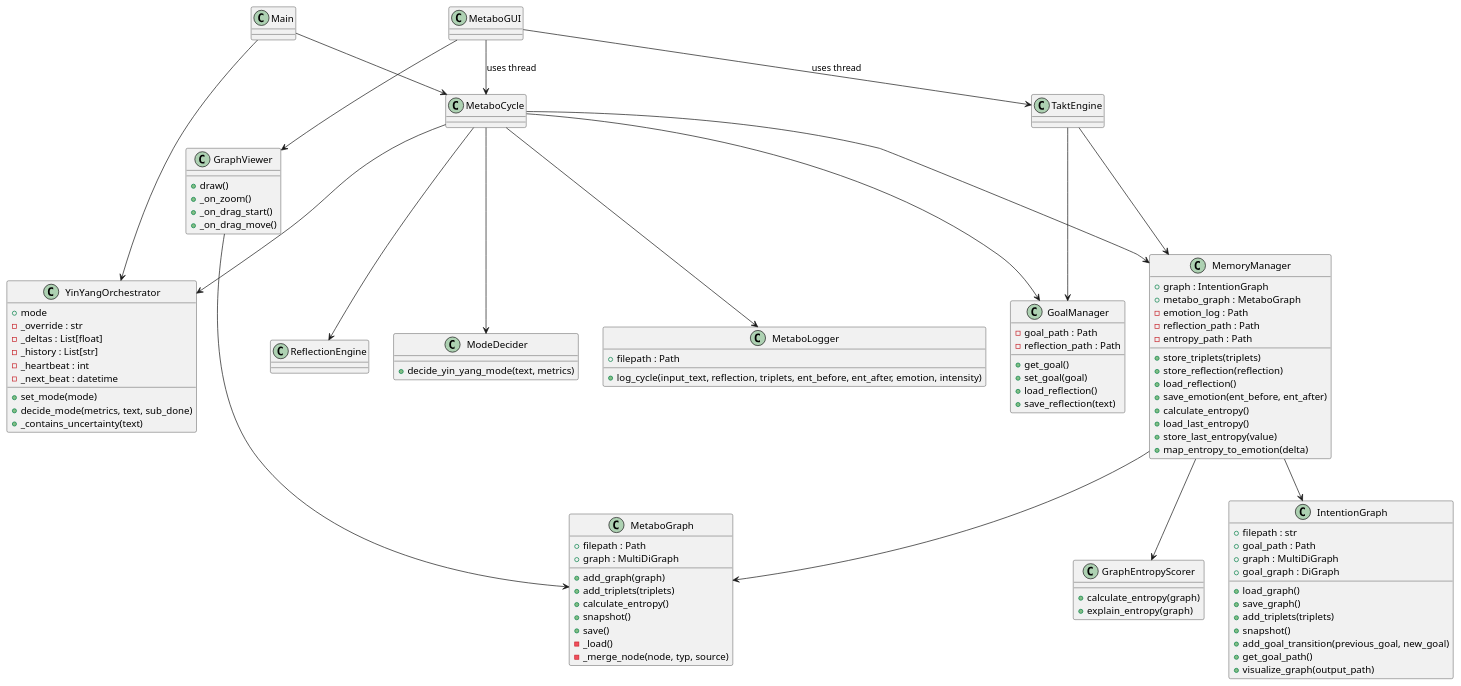
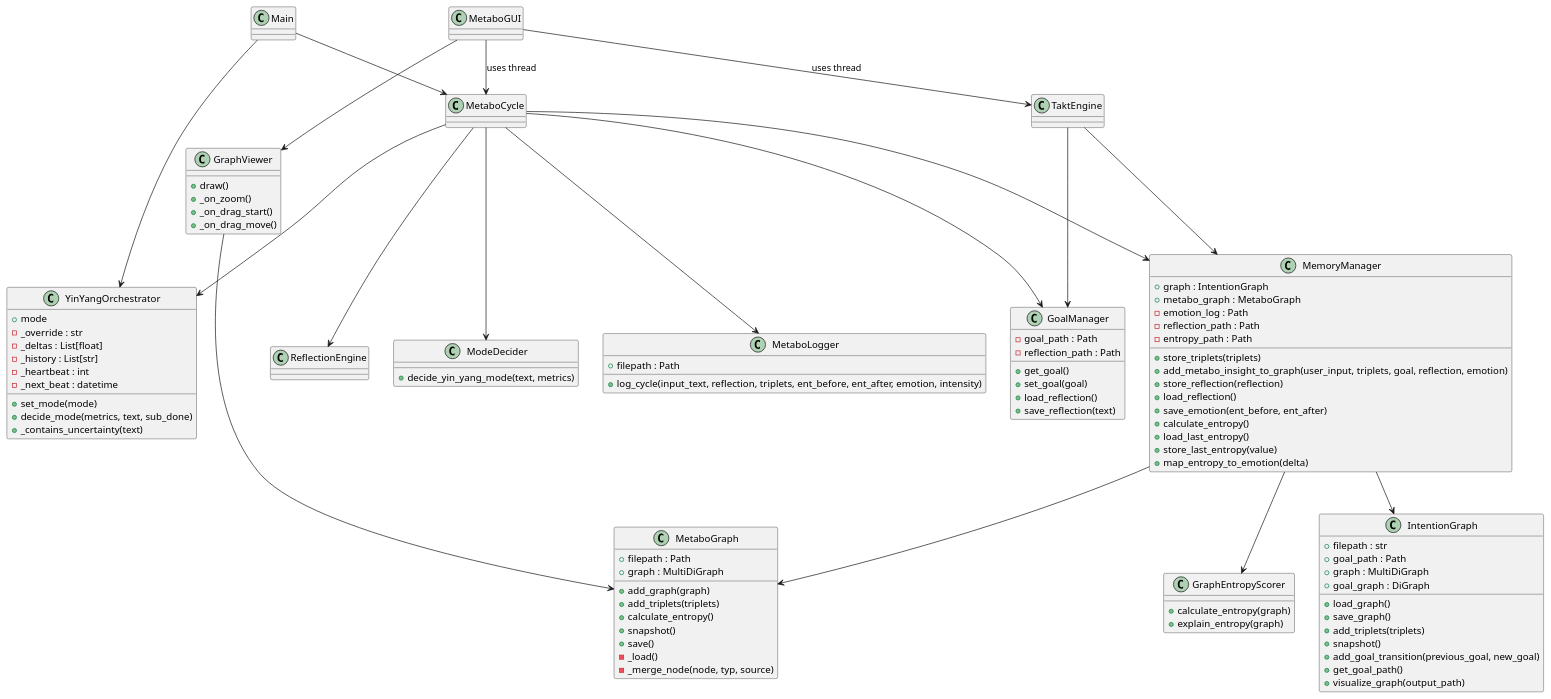
The diagram in doc/diagrams/class_diagram.puml (marcusreimold/MetaboMind), drawn with PlantUML before and after one commit. The commit also changed 7 other files, not shown here.

```diff
--- a/doc/diagrams/class_diagram.puml
+++ b/doc/diagrams/class_diagram.puml
@@ -1,101 +1,102 @@
 @startuml
 '/' Updated after adding requirements.txt
 class Main
 class MetaboCycle
 class GoalManager {
   -goal_path : Path
   -reflection_path : Path
   +get_goal()
   +set_goal(goal)
   +load_reflection()
   +save_reflection(text)
 }
 class MemoryManager {
   +graph : IntentionGraph
   +metabo_graph : MetaboGraph
   -emotion_log : Path
   -reflection_path : Path
   -entropy_path : Path
   +store_triplets(triplets)
+  +add_metabo_insight_to_graph(user_input, triplets, goal, reflection, emotion)
   +store_reflection(reflection)
   +load_reflection()
   +save_emotion(ent_before, ent_after)
   +calculate_entropy()
   +load_last_entropy()
   +store_last_entropy(value)
   +map_entropy_to_emotion(delta)
 }
 class IntentionGraph {
   +filepath : str
   +goal_path : Path
   +graph : MultiDiGraph
   +goal_graph : DiGraph
   +load_graph()
   +save_graph()
   +add_triplets(triplets)
   +snapshot()
   +add_goal_transition(previous_goal, new_goal)
   +get_goal_path()
   +visualize_graph(output_path)
 }
 class ReflectionEngine
 class TaktEngine
 class YinYangOrchestrator {
   +mode
   -_override : str
   -_deltas : List[float]
   -_history : List[str]
   -_heartbeat : int
   -_next_beat : datetime
   +set_mode(mode)
   +decide_mode(metrics, text, sub_done)
   +_contains_uncertainty(text)
 }
 class ModeDecider {
   +decide_yin_yang_mode(text, metrics)
 }
 class MetaboGUI
 class GraphViewer {
   +draw()
   +_on_zoom()
   +_on_drag_start()
   +_on_drag_move()
 }
 class GraphEntropyScorer {
   +calculate_entropy(graph)
   +explain_entropy(graph)
 }
 class MetaboGraph {
   +filepath : Path
   +graph : MultiDiGraph
   +add_graph(graph)
   +add_triplets(triplets)
   +calculate_entropy()
   +snapshot()
   +save()
   -_load()
   -_merge_node(node, typ, source)
 }
 class MetaboLogger {
   +filepath : Path
   +log_cycle(input_text, reflection, triplets, ent_before, ent_after, emotion, intensity)
 }
 
 Main --> MetaboCycle
 MetaboCycle --> GoalManager
 MetaboCycle --> MemoryManager
 MetaboCycle --> ReflectionEngine
 MetaboCycle --> YinYangOrchestrator
 MetaboCycle --> ModeDecider
 MemoryManager --> IntentionGraph
 MemoryManager --> MetaboGraph
 TaktEngine --> MemoryManager
 TaktEngine --> GoalManager
 Main --> YinYangOrchestrator
 MetaboGUI --> MetaboCycle : uses thread
 MetaboGUI --> TaktEngine : uses thread
 MetaboGUI --> GraphViewer
 MemoryManager --> GraphEntropyScorer
 GraphViewer --> MetaboGraph
 MetaboCycle --> MetaboLogger
 @enduml
```
